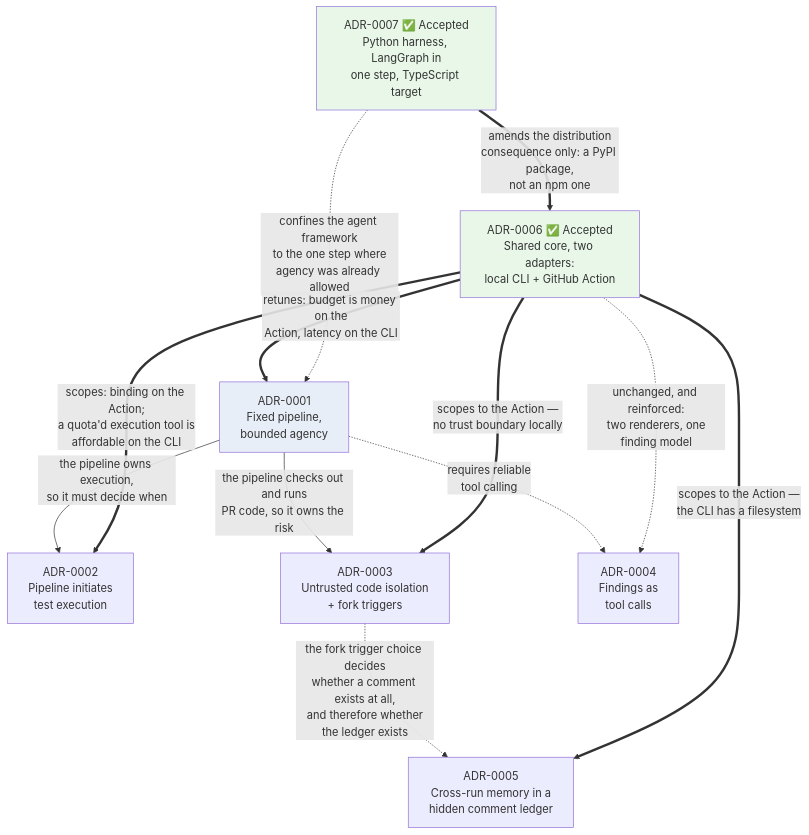
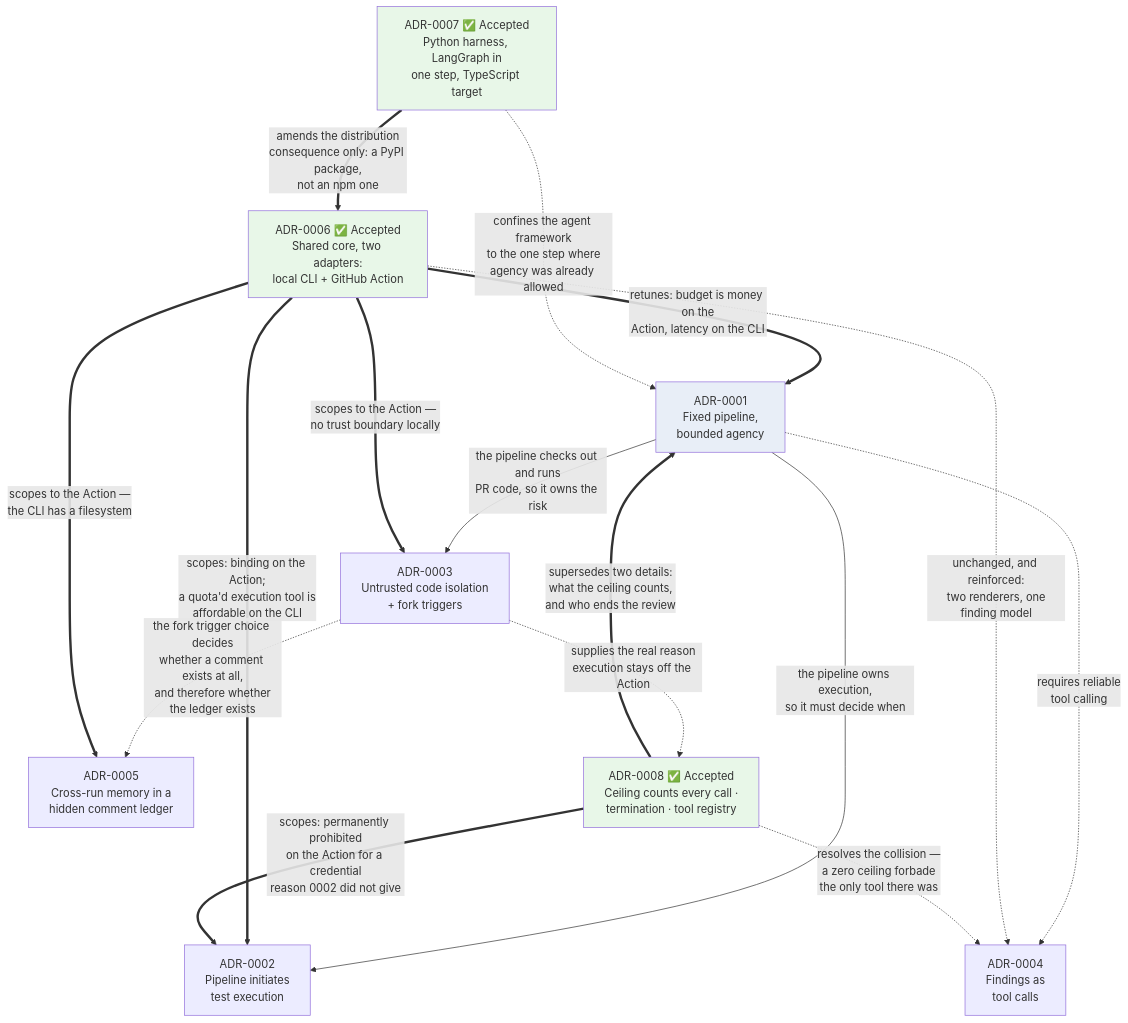
Before and after one commit to nhahub/NHA-5-285: the diagram in Docs/adr/README.md, drawn with Mermaid. The commit also changed other lines of this file and 8 other files, not shown here.

First line of the commit message:
docs(srs): baseline v1.1 design-review corrections and ADR-0008

````diff
--- a/Docs/adr/README.md
+++ b/Docs/adr/README.md
@@ -21,28 +22,35 @@
 ```mermaid
 flowchart TD
     F["ADR-0006 ✅ Accepted<br/>Shared core, two adapters:<br/>local CLI + GitHub Action"]
     A["ADR-0001<br/>Fixed pipeline,<br/>bounded agency"]
     B["ADR-0002<br/>Pipeline initiates<br/>test execution"]
     C["ADR-0003<br/>Untrusted code isolation<br/>+ fork triggers"]
     D["ADR-0004<br/>Findings as<br/>tool calls"]
     E["ADR-0005<br/>Cross-run memory in a<br/>hidden comment ledger"]
     G["ADR-0007 ✅ Accepted<br/>Python harness, LangGraph in<br/>one step, TypeScript target"]
+    H["ADR-0008 ✅ Accepted<br/>Ceiling counts every call ·<br/>termination · tool registry"]
 
     A -->|"the pipeline owns execution,<br/>so it must decide when"| B
     A -->|"the pipeline checks out and runs<br/>PR code, so it owns the risk"| C
     A -.->|"requires reliable<br/>tool calling"| D
     C -.->|"the fork trigger choice decides<br/>whether a comment exists at all,<br/>and therefore whether<br/>the ledger exists"| E
 
     F ==>|"retunes: budget is money on the<br/>Action, latency on the CLI"| A
     F ==>|"scopes: binding on the Action;<br/>a quota'd execution tool is<br/>affordable on the CLI"| B
     F ==>|"scopes to the Action —<br/>no trust boundary locally"| C
     F ==>|"scopes to the Action —<br/>the CLI has a filesystem"| E
     F -.->|"unchanged, and reinforced:<br/>two renderers, one<br/>finding model"| D
 
     G ==>|"amends the distribution<br/>consequence only: a PyPI package,<br/>not an npm one"| F
     G -.->|"confines the agent framework<br/>to the one step where<br/>agency was already allowed"| A
 
+    H ==>|"supersedes two details:<br/>what the ceiling counts,<br/>and who ends the review"| A
+    H ==>|"scopes: permanently prohibited<br/>on the Action for a credential<br/>reason 0002 did not give"| B
+    H -.->|"resolves the collision —<br/>a zero ceiling forbade<br/>the only tool there was"| D
+    C -.->|"supplies the real reason<br/>execution stays off the Action"| H
+
     style F fill:#e8f7e8
     style G fill:#e8f7e8
+    style H fill:#e8f7e8
     style A fill:#e8eef7
 ```
````
